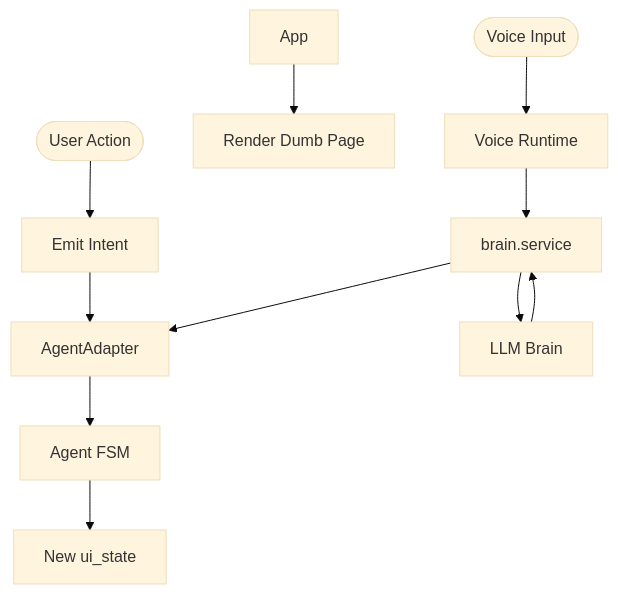
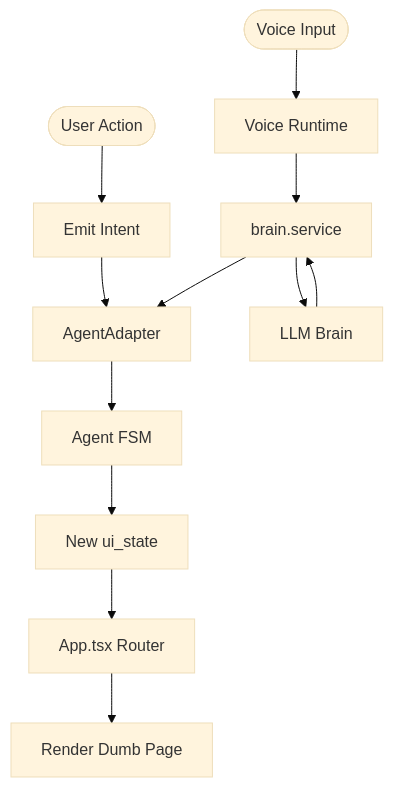
Before and after one commit to Techayguy01/KIOSK_FRONTEND_V1: the diagram in frontend/FRONTEND_DOCUMENTATION.md, drawn with Mermaid (base theme). The commit also changed other lines of this file and 17 other files, not shown here.

````diff
--- a/frontend/FRONTEND_DOCUMENTATION.md
+++ b/frontend/FRONTEND_DOCUMENTATION.md
@@ -626,14 +588,15 @@
 ```mermaid
 graph TD
     User([User Action]) --> Intent[Emit Intent]
     Intent --> Adapter[AgentAdapter]
     Adapter --> Agent[Agent FSM]
     Agent --> State[New ui_state]
+    State --> App[App.tsx Router]
     App --> Render[Render Dumb Page]
 
     Voice([Voice Input]) --> VR[Voice Runtime]
     VR --> Brain[brain.service]
     Brain --> LLM[LLM Brain]
     LLM --> Brain
     Brain --> Adapter
 ```
````
